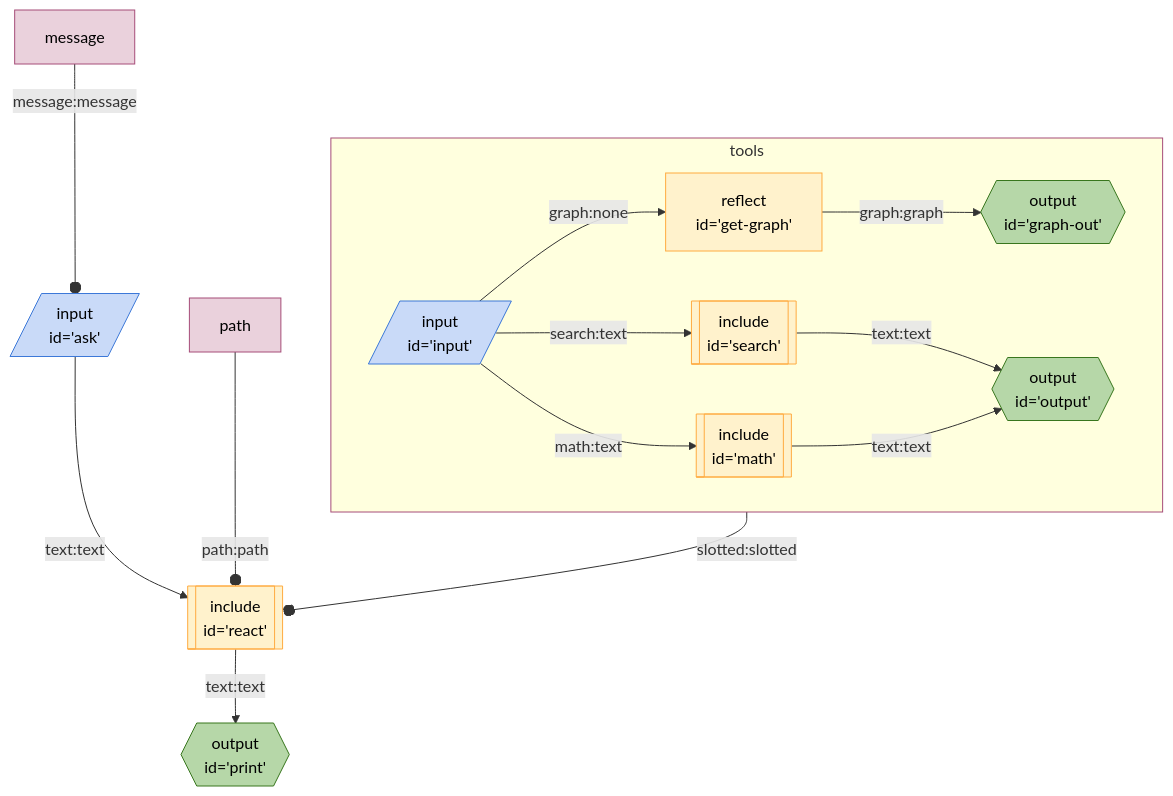
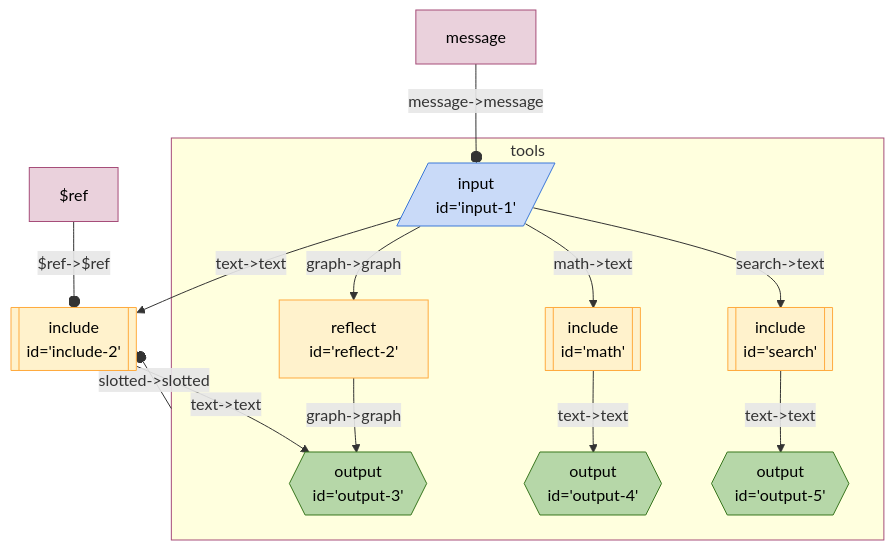
Before and after one commit to breadboard-ai/breadboard: the diagram in seeds/graph-playground/docs/graphs/call-react-with-slot.md, drawn with Mermaid. The commit also changed other lines of this file and 5 other files, not shown here.

First line of the commit message:
[graph-playground] Generate `react-with-slot` and `call-react-with-slot`.

````diff
--- a/seeds/graph-playground/docs/graphs/call-react-with-slot.md
+++ b/seeds/graph-playground/docs/graphs/call-react-with-slot.md
@@ -4,43 +5,43 @@
-```mermaid
-%%{init: 'themeVariables': { 'fontFamily': 'Fira Code, monospace' }}%%
+  ```mermaid
+  %%{init: 'themeVariables': { 'fontFamily': 'Fira Code, monospace' }}%%
 graph TD;
-ask[/"input
-id='ask'"/]:::input -- text:text --> react[["include
-id='react'"]]:::include
-react[["include
-id='react'"]]:::include -- text:text --> print{{"output
-id='print'"}}:::output
+include2[["include
+id='include-2'"]]:::include -- "text->text" --> output3{{"output
+id='output-3'"}}:::output
 subgraph tools
-input[/"input
-id='input'"/]:::input -- math:text --> math[["include
+reflect2["reflect
+id='reflect-2'"] -- "graph->graph" --> output3{{"output
+id='output-3'"}}:::output
+input1[/"input
+id='input-1'"/]:::input -- "graph->graph" --> reflect2["reflect
+id='reflect-2'"]
+math[["include
+id='math'"]]:::include -- "text->text" --> output4{{"output
+id='output-4'"}}:::output
+input1[/"input
+id='input-1'"/]:::input -- "math->text" --> math[["include
 id='math'"]]:::include
-input[/"input
-id='input'"/]:::input -- graph:none --> getgraph["reflect
-id='get-graph'"]
-getgraph["reflect
-id='get-graph'"] -- graph:graph --> graphout{{"output
-id='graph-out'"}}:::output
-input[/"input
-id='input'"/]:::input -- search:text --> search[["include
+search[["include
+id='search'"]]:::include -- "text->text" --> output5{{"output
+id='output-5'"}}:::output
+input1[/"input
+id='input-1'"/]:::input -- "search->text" --> search[["include
 id='search'"]]:::include
-search[["include
-id='search'"]]:::include -- text:text --> output{{"output
-id='output'"}}:::output
-math[["include
-id='math'"]]:::include -- text:text --> output{{"output
-id='output'"}}:::output
 end
-tools:::slotted --slotted:slotted--o react
+tools:::slotted -- "slotted->slotted" --o include2
 
-messageask[message]:::config -- message:message --o ask
-pathreact[path]:::config -- path:path --o react
+input1[/"input
+id='input-1'"/]:::input -- "text->text" --> include2[["include
+id='include-2'"]]:::include
+messageinput1[message]:::config -- "message->message" --o input1
+$refinclude2[$ref]:::config -- "$ref->$ref" --o include2
 
 classDef default stroke:#ffab40,fill:#fff2ccff,color:#000
 classDef input stroke:#3c78d8,fill:#c9daf8ff,color:#000
 classDef output stroke:#38761d,fill:#b6d7a8ff,color:#000
 classDef passthrough stroke:#a64d79,fill:#ead1dcff,color:#000
 classDef slot stroke:#a64d79,fill:#ead1dcff,color:#000
 classDef config stroke:#a64d79,fill:#ead1dcff,color:#000
 classDef secrets stroke:#db4437,fill:#f4cccc,color:#000
 classDef slotted stroke:#a64d79
-```
+  ```
````
